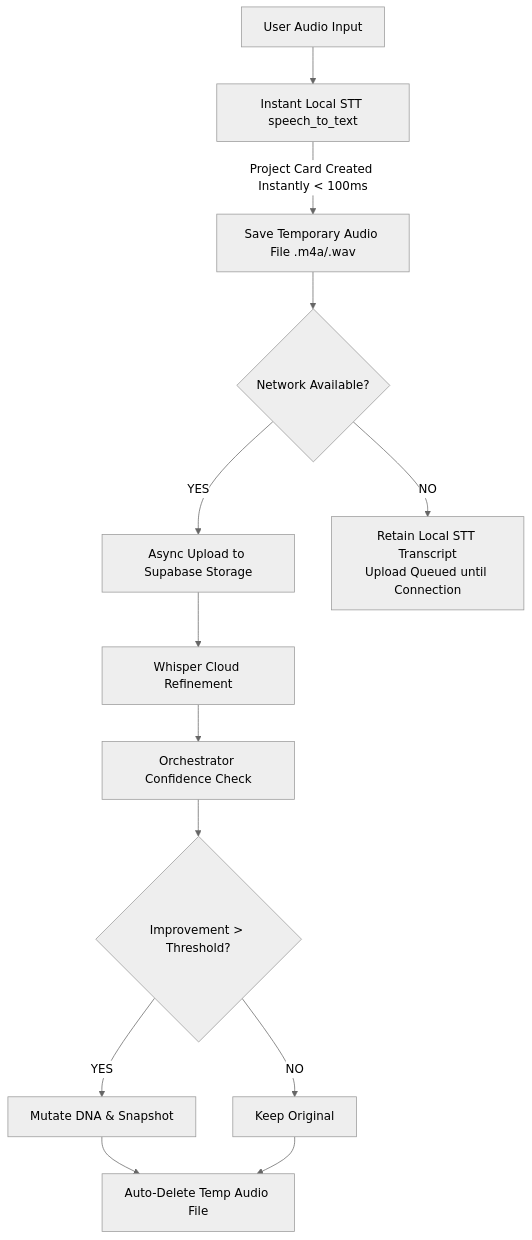
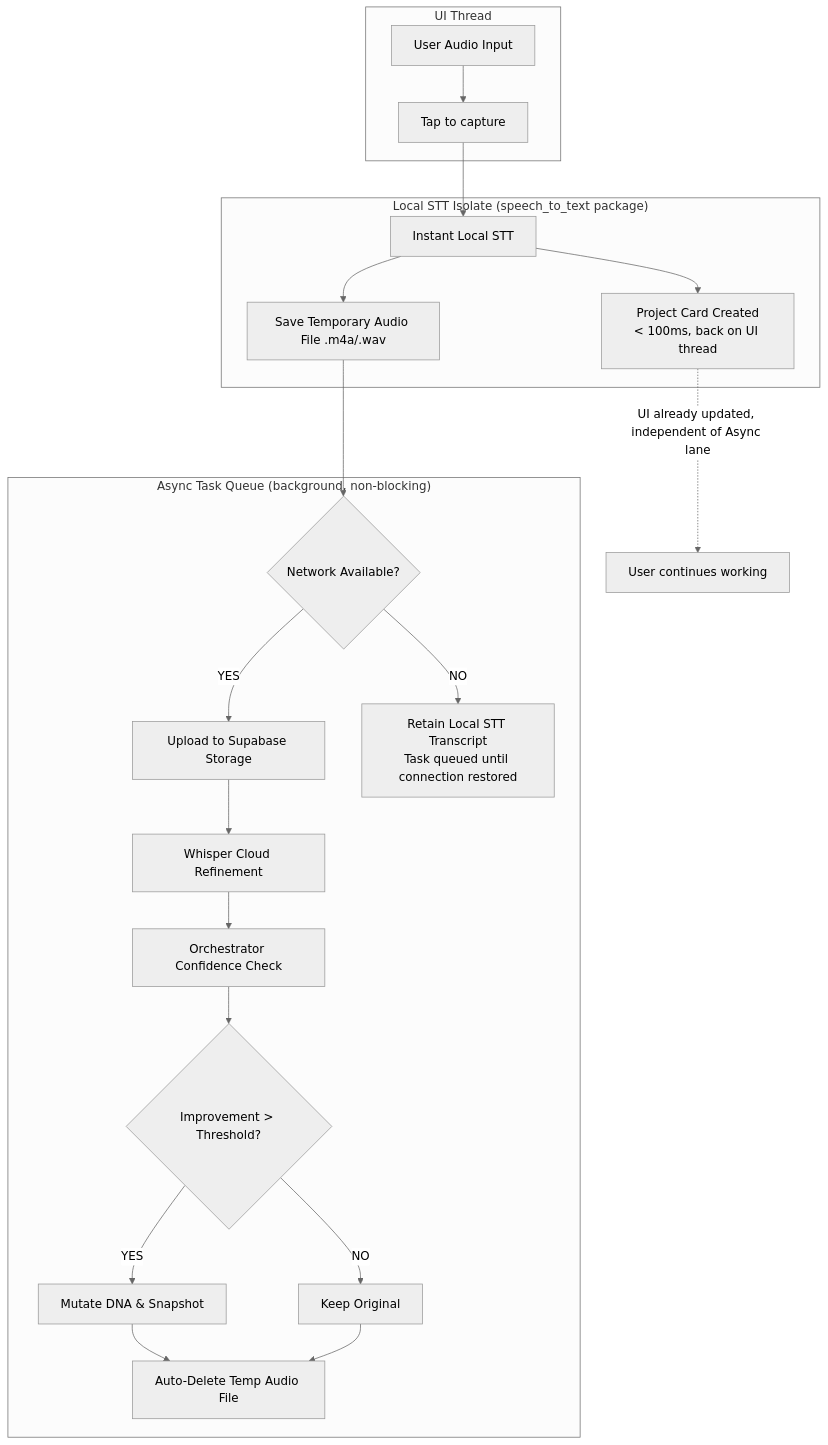
The second of 3 diagrams in docs/vision/03_Product_Flow.md (Pissolato32/ThinkNest), drawn with Mermaid (neutral theme) before and after one commit. The commit also changed other lines of this file and 5 other files, not shown here.

````diff
--- a/docs/vision/03_Product_Flow.md
+++ b/docs/vision/03_Product_Flow.md
@@ -27,19 +28,27 @@
 ```mermaid
 graph TD
-    Input[User Audio Input] --> LocalSTT[Instant Local STT speech_to_text]
-    LocalSTT -- Project Card Created Instantly < 100ms --> SaveTemp[Save Temporary Audio File .m4a/.wav]
-    SaveTemp --> NetworkCheck{Network Available?}
+    subgraph UI["UI Thread"]
+        Input[User Audio Input] --> Trigger[Tap to capture]
+    end
 
-    NetworkCheck -- YES --> Upload[Async Upload to Supabase Storage]
-    Upload --> Whisper[Whisper Cloud Refinement]
-    Whisper --> ConfidenceCheck[Orchestrator Confidence Check]
+    subgraph LocalIsolate["Local STT Isolate (speech_to_text package)"]
+        Trigger --> LocalSTT[Instant Local STT]
+        LocalSTT --> ProjectCard[Project Card Created<br/>&lt; 100ms, back on UI thread]
+        LocalSTT --> SaveTemp[Save Temporary Audio File .m4a/.wav]
+    end
 
-    ConfidenceCheck --> ImproveCheck{Improvement > Threshold?}
-    ImproveCheck -- YES --> Mutate[Mutate DNA & Snapshot]
-    ImproveCheck -- NO --> Keep[Keep Original]
+    subgraph Async["Async Task Queue (background, non-blocking)"]
+        SaveTemp --> NetworkCheck{Network Available?}
+        NetworkCheck -- YES --> Upload[Upload to Supabase Storage]
+        Upload --> Whisper[Whisper Cloud Refinement]
+        Whisper --> ConfidenceCheck[Orchestrator Confidence Check]
+        ConfidenceCheck --> ImproveCheck{Improvement > Threshold?}
+        ImproveCheck -- YES --> Mutate[Mutate DNA & Snapshot]
+        ImproveCheck -- NO --> Keep[Keep Original]
+        Mutate --> DeleteTemp[Auto-Delete Temp Audio File]
+        Keep --> DeleteTemp
+        NetworkCheck -- NO --> RetainLocal[Retain Local STT Transcript<br/>Task queued until connection restored]
+    end
 
-    Mutate --> DeleteTemp[Auto-Delete Temp Audio File]
-    Keep --> DeleteTemp
-
-    NetworkCheck -- NO --> RetainLocal[Retain Local STT Transcript<br/>Upload Queued until Connection]
+    ProjectCard -.UI already updated, independent of Async lane.-> UserContinues[User continues working]
 ```
````
